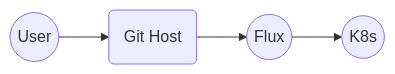
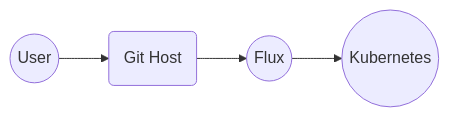
The second of 6 diagrams in lightning.md (kingdonb/rit-csh-slides), drawn with Mermaid before and after one commit. The commit also changed other lines of this file, not shown here.

````diff
--- a/lightning.md
+++ b/lightning.md
@@ -50,12 +50,12 @@
 ```mermaid
 flowchart LR
 
 A((User))
 B(Git Host)
 F((Flux))
 A --> B --> F
 
-L((K8s))
+L((Kubernetes))
 
 F --> L
 ```
````
